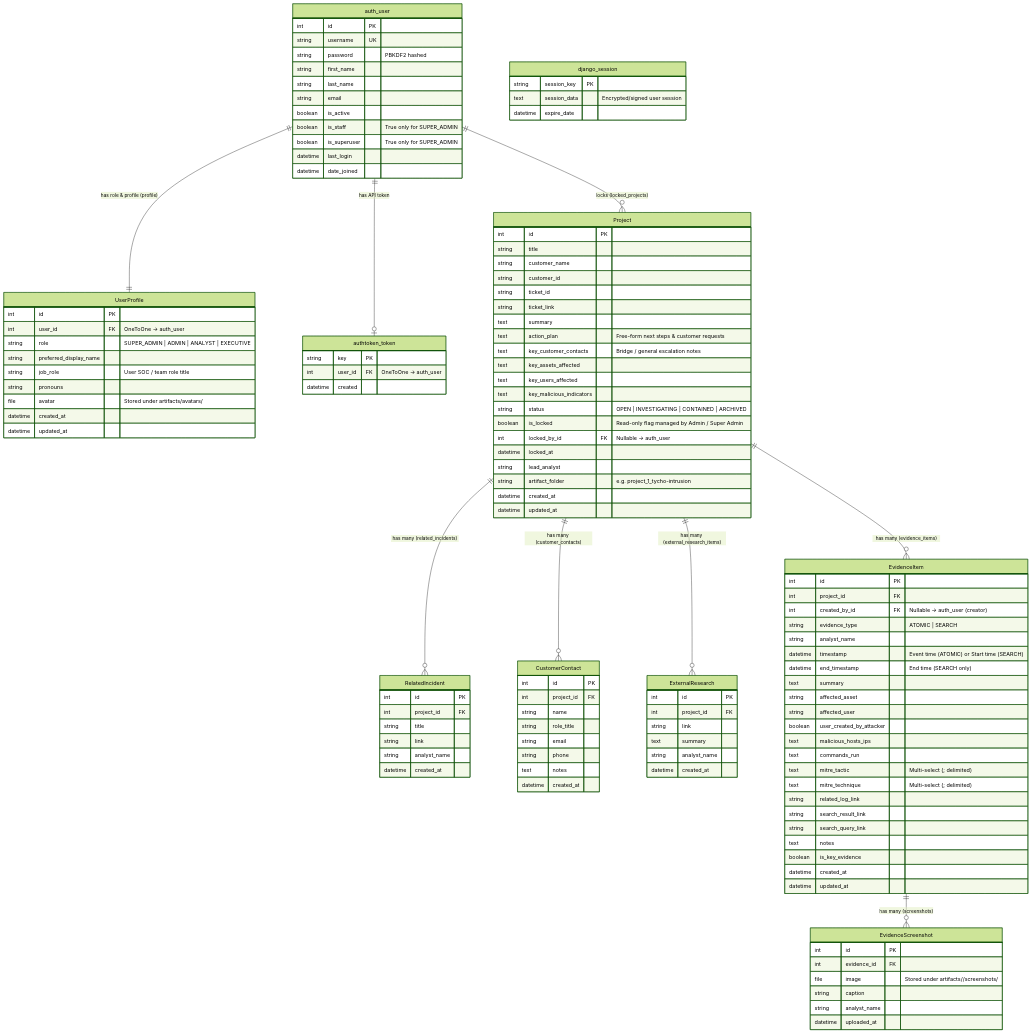
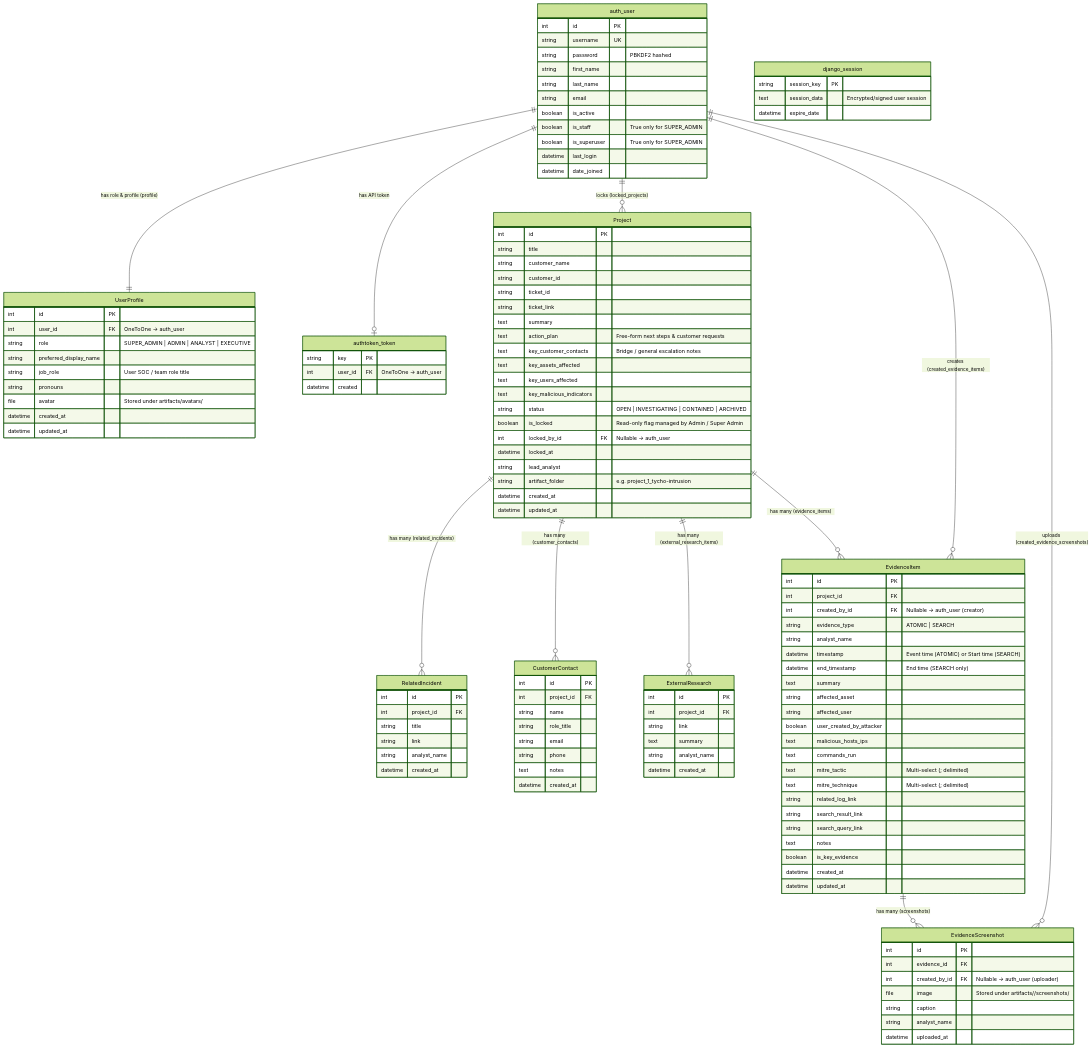
Before and after one commit to aircooledcafe/incident-reporter: the diagram in README.md, drawn with Mermaid (forest theme). The commit also changed 8 other files, not shown here.

```diff
--- a/README.md
+++ b/README.md
@@ -93,6 +93,8 @@
     auth_user ||--|| UserProfile : "has role & profile (profile)"
     auth_user ||--o| authtoken_token : "has API token"
     auth_user ||--o{ Project : "locks (locked_projects)"
+    auth_user ||--o{ EvidenceItem : "creates (created_evidence_items)"
+    auth_user ||--o{ EvidenceScreenshot : "uploads (created_evidence_screenshots)"
     Project ||--o{ RelatedIncident : "has many (related_incidents)"
     Project ||--o{ CustomerContact : "has many (customer_contacts)"
     Project ||--o{ ExternalResearch : "has many (external_research_items)"
@@ -217,6 +219,7 @@
     EvidenceScreenshot {
         int id PK
         int evidence_id FK
+        int created_by_id FK "Nullable -> auth_user (uploader)"
         file image "Stored under artifacts/<project_folder>/screenshots/"
         string caption
         string analyst_name
```
